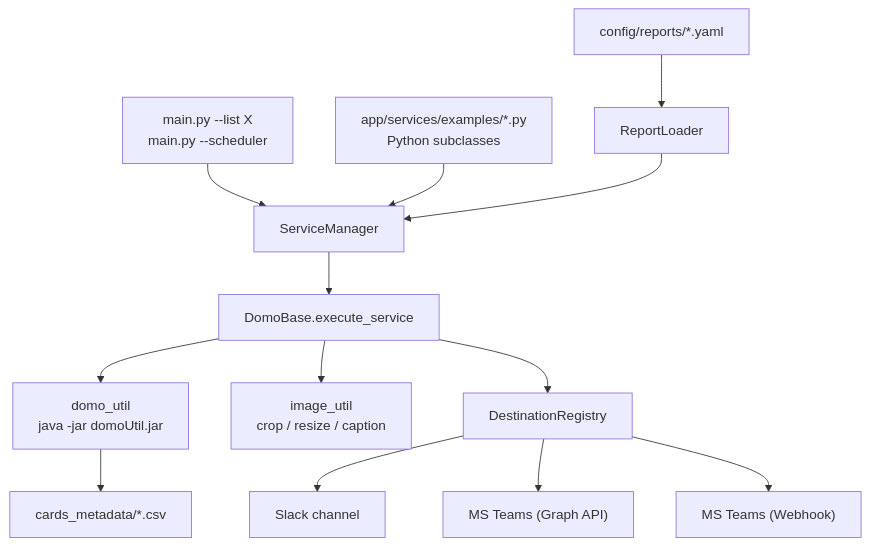
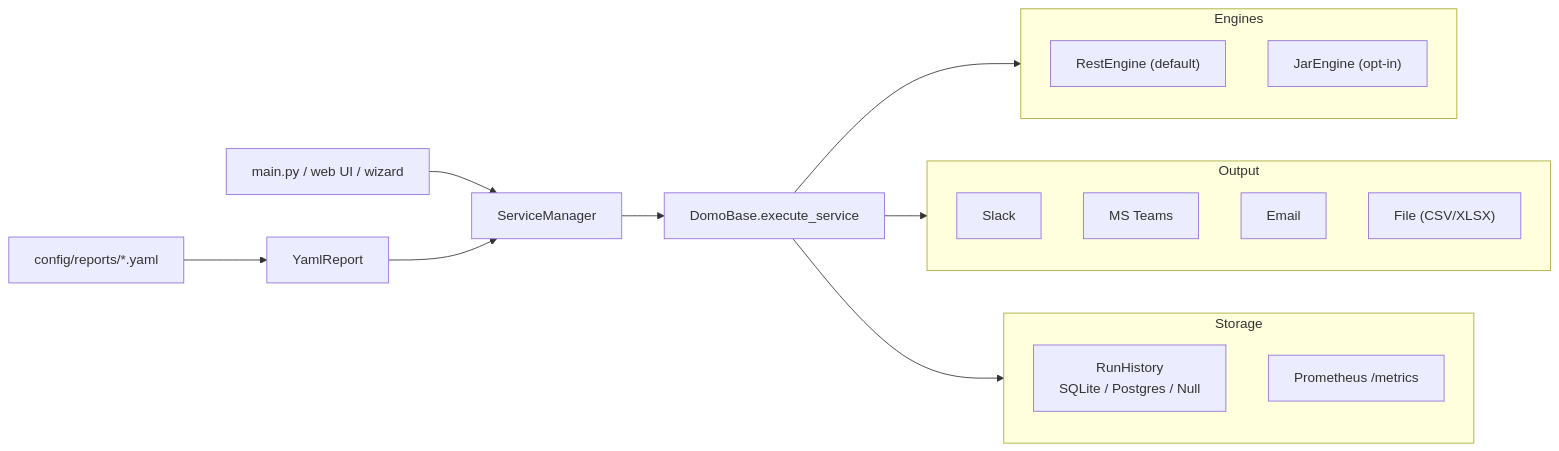
Before and after one commit to TylerShep/domo-scheduled-ext-reporting: the diagram in README.md, drawn with Mermaid. The commit also changed other lines of this file and 123 other files, not shown here.

First line of the commit message:
v2.0.0: REST engine, history, web UI, alerts, datasets, email, doctor

````diff
--- a/README.md
+++ b/README.md
@@ -24,15 +32,27 @@
 ```mermaid
-flowchart TD
-    CLI["main.py --list X<br/>main.py --scheduler"] --> Mgr["ServiceManager"]
-    YAML["config/reports/*.yaml"] --> Loader["ReportLoader"]
-    PySub["app/services/examples/*.py<br/>Python subclasses"] --> Mgr
+flowchart LR
+    CLI["main.py / web UI / wizard"] --> Mgr["ServiceManager"]
+    YAML["config/reports/*.yaml"] --> Loader["YamlReport"]
     Loader --> Mgr
     Mgr --> Base["DomoBase.execute_service"]
-    Base --> DomoUtil["domo_util<br/>java -jar domoUtil.jar"]
-    DomoUtil --> Meta["cards_metadata/*.csv"]
-    Base --> Img["image_util<br/>crop / resize / caption"]
-    Base --> DestReg["DestinationRegistry"]
-    DestReg --> Slack["Slack channel"]
-    DestReg --> TeamsGraph["MS Teams (Graph API)"]
-    DestReg --> TeamsHook["MS Teams (Webhook)"]
+
+    subgraph Engines
+      Rest["RestEngine (default)"]
+      Jar["JarEngine (opt-in)"]
+    end
+    Base --> Engines
+
+    subgraph Output
+      Slack["Slack"]
+      Teams["MS Teams"]
+      Email["Email"]
+      File["File (CSV/XLSX)"]
+    end
+    Base --> Output
+
+    subgraph Storage
+      History["RunHistory<br/>SQLite / Postgres / Null"]
+      Metrics["Prometheus /metrics"]
+    end
+    Base --> Storage
 ```
````
